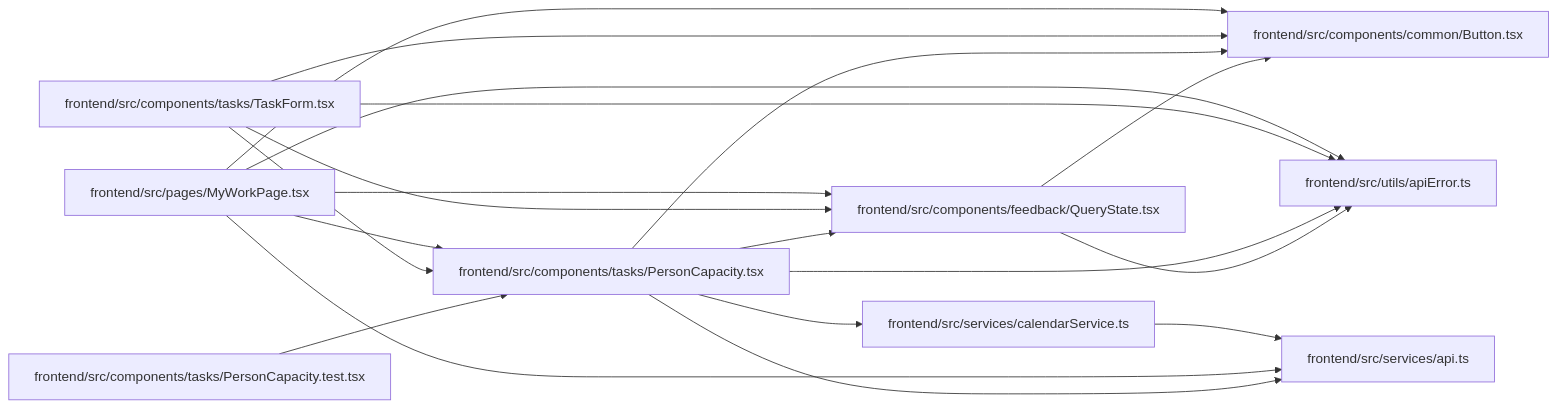
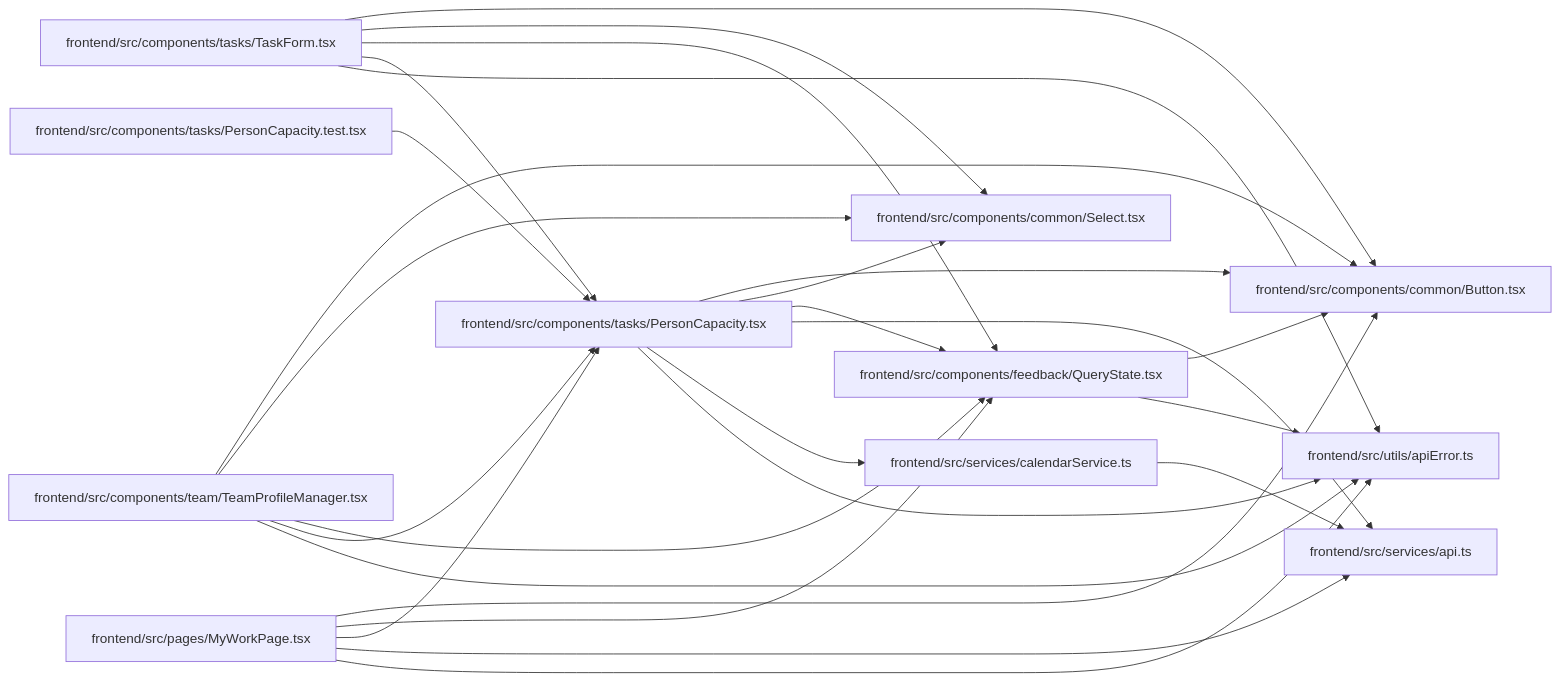
One commit to Denissvgn/WorkChord changed the diagram in docs/llm_wiki/modules/PersonCapacity.md. Above: the diagram before and after it, drawn with Mermaid. The commit also changed other lines of this file and 2373 other files, not shown here.

````diff
--- a/docs/llm_wiki/modules/PersonCapacity.md
+++ b/docs/llm_wiki/modules/PersonCapacity.md
@@ -33,39 +34,50 @@
 ```mermaid
 flowchart LR
     n0["frontend/src/components/common/Button.tsx"]
-    n1["frontend/src/components/feedback/QueryState.tsx"]
-    n2["frontend/src/components/tasks/PersonCapacity.test.tsx"]
-    n3["frontend/src/components/tasks/PersonCapacity.tsx"]
-    n4["frontend/src/components/tasks/TaskForm.tsx"]
-    n5["frontend/src/pages/MyWorkPage.tsx"]
-    n6["frontend/src/services/api.ts"]
-    n7["frontend/src/services/calendarService.ts"]
-    n8["frontend/src/utils/apiError.ts"]
-    n1 --> n0
-    n1 --> n8
-    n2 --> n3
-    n3 --> n0
-    n3 --> n1
-    n3 --> n6
-    n3 --> n7
-    n3 --> n8
+    n1["frontend/src/components/common/Select.tsx"]
+    n2["frontend/src/components/feedback/QueryState.tsx"]
+    n3["frontend/src/components/tasks/PersonCapacity.test.tsx"]
+    n4["frontend/src/components/tasks/PersonCapacity.tsx"]
+    n5["frontend/src/components/tasks/TaskForm.tsx"]
+    n6["frontend/src/components/team/TeamProfileManager.tsx"]
+    n7["frontend/src/pages/MyWorkPage.tsx"]
+    n8["frontend/src/services/api.ts"]
+    n9["frontend/src/services/calendarService.ts"]
+    n10["frontend/src/utils/apiError.ts"]
+    n2 --> n0
+    n2 --> n10
+    n3 --> n4
     n4 --> n0
     n4 --> n1
-    n4 --> n3
+    n4 --> n2
     n4 --> n8
+    n4 --> n9
+    n4 --> n10
     n5 --> n0
     n5 --> n1
-    n5 --> n3
-    n5 --> n6
-    n5 --> n8
-    n7 --> n6
+    n5 --> n2
+    n5 --> n4
+    n5 --> n10
+    n6 --> n0
+    n6 --> n1
+    n6 --> n2
+    n6 --> n4
+    n6 --> n10
+    n7 --> n0
+    n7 --> n2
+    n7 --> n4
+    n7 --> n8
+    n7 --> n10
+    n9 --> n8
     click n0 "../modules/Button.md"
-    click n1 "../modules/QueryState.md"
-    click n2 "../modules/PersonCapacity.test.md"
-    click n3 "../modules/PersonCapacity.md"
-    click n4 "../modules/TaskForm.md"
-    click n5 "../modules/MyWorkPage.md"
-    click n6 "../modules/api.md"
-    click n7 "../modules/calendarService.md"
-    click n8 "../modules/apiError.md"
+    click n1 "../modules/Select.md"
+    click n2 "../modules/QueryState.md"
+    click n3 "../modules/PersonCapacity.test.md"
+    click n4 "../modules/PersonCapacity.md"
+    click n5 "../modules/TaskForm.md"
+    click n6 "../modules/TeamProfileManager.md"
+    click n7 "../modules/MyWorkPage.md"
+    click n8 "../modules/api.md"
+    click n9 "../modules/calendarService.md"
+    click n10 "../modules/apiError.md"
 ```
````
